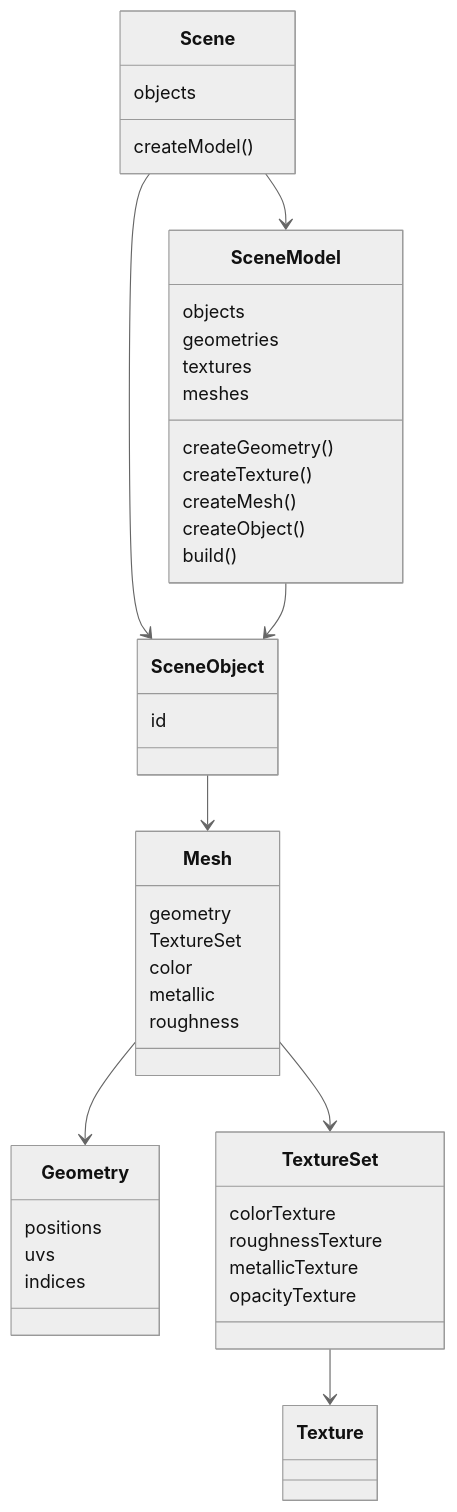
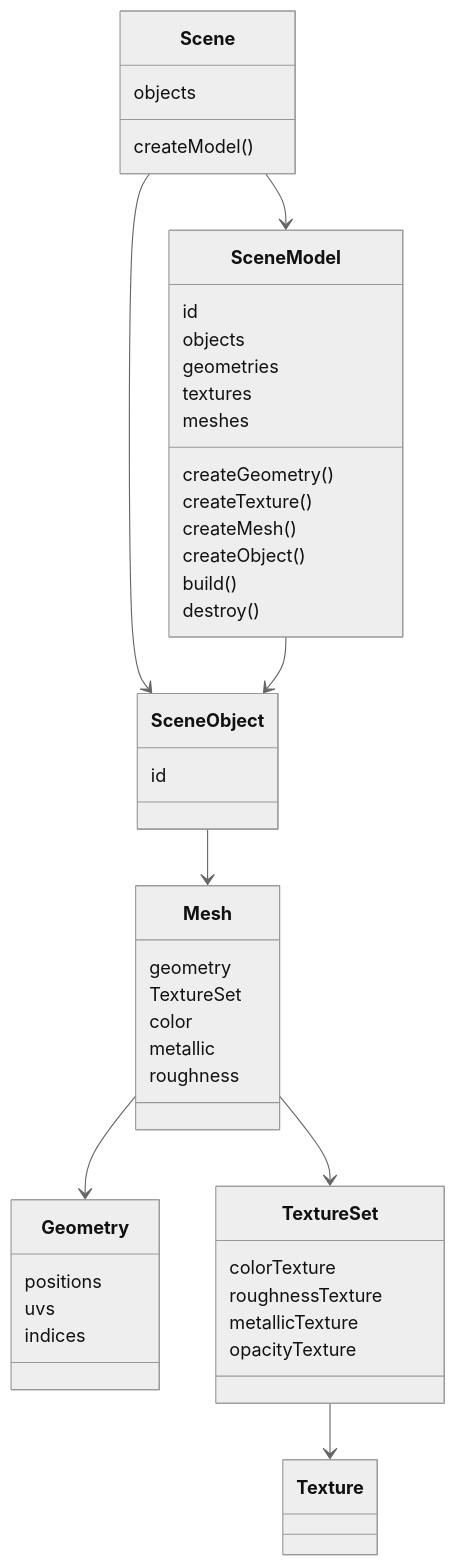
The first of 3 diagrams in README.md (xeokit/sdk), drawn with Mermaid (neutral theme) before and after one commit. The commit also changed other lines of this file, not shown here.

````diff
--- a/README.md
+++ b/README.md
@@ -44,35 +44,37 @@
 ```mermaid
 classDiagram
     Scene --> SceneModel
     Scene --> SceneObject
     Scene : createModel()
     Scene : objects
     SceneModel : createGeometry()
     SceneModel : createTexture()
     SceneModel : createMesh()
     SceneModel : createObject()
     SceneModel : build()
+    SceneModel : destroy()
+    SceneModel : id
     SceneModel : objects
     SceneModel : geometries
     SceneModel : textures
     SceneModel : meshes
     SceneModel --> SceneObject
     SceneObject --> Mesh
     SceneObject : id
     Mesh --> Geometry
     Mesh --> TextureSet
     Mesh : geometry
     Mesh : TextureSet
     Mesh : color
     Mesh : metallic
     Mesh : roughness
     TextureSet --> Texture
     Geometry : positions
     Geometry : uvs
     Geometry : indices
     TextureSet : colorTexture
     TextureSet : roughnessTexture
     TextureSet : metallicTexture
     TextureSet : opacityTexture
  
 ```
````
